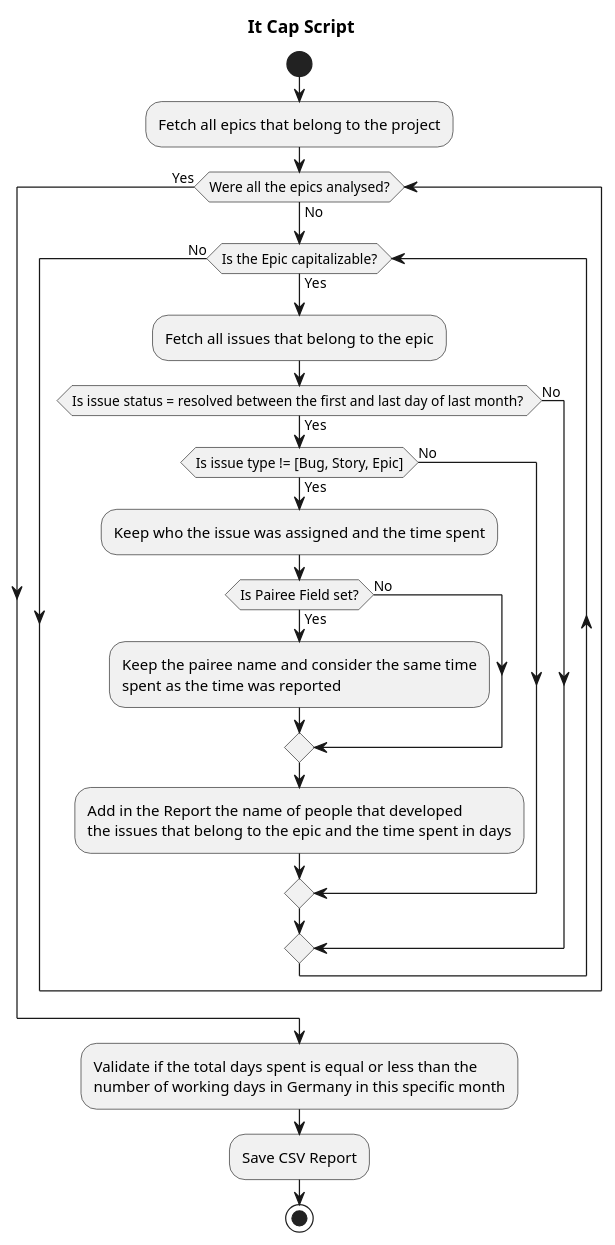
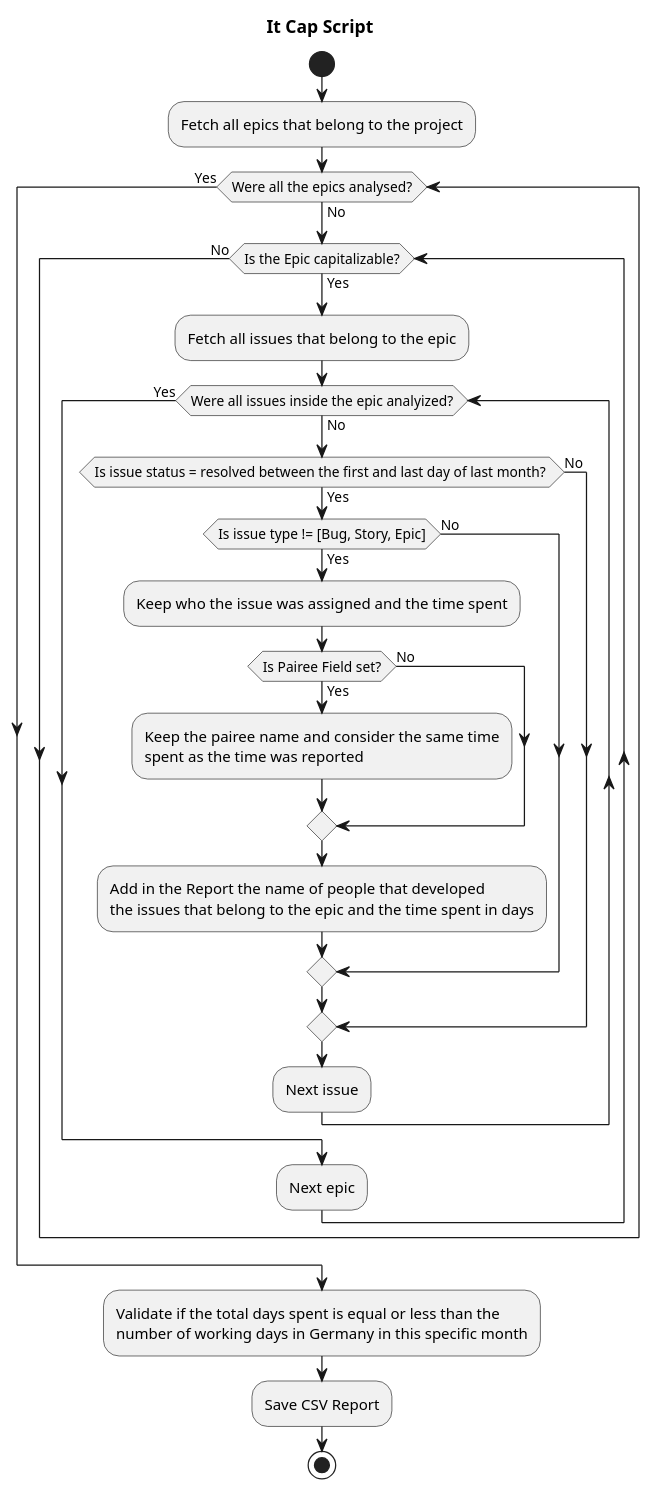
Before and after one commit to thobryan-hf/it-cap: the diagram in diagram.puml, drawn with PlantUML.

Commit message:
diagram update

```diff
--- a/diagram.puml
+++ b/diagram.puml
@@ -1,36 +1,42 @@
 @startuml
 title It Cap Script
 
 start
 :Fetch all epics that belong to the project;
   while (Were all the epics analysed?) is (No)
     while (Is the Epic capitalizable?) is (Yes)
       :Fetch all issues that belong to the epic;
-      if (Is issue status = resolved between the first and last day of last month? )  then (Yes)
-        if (Is issue type != [Bug, Story, Epic]) then (No)
+      while (Were all issues inside the epic analyized?) is (No)
 
-        else (Yes)
-        :Keep who the issue was assigned and the time spent;
-          if (Is Pairee Field set?) then (Yes)
-            :Keep the pairee name and consider the same time
-            spent as the time was reported;
+          if (Is issue status = resolved between the first and last day of last month? )  then (Yes)
+            if (Is issue type != [Bug, Story, Epic]) then (No)
+
+            else (Yes)
+            :Keep who the issue was assigned and the time spent;
+              if (Is Pairee Field set?) then (Yes)
+                :Keep the pairee name and consider the same time
+                spent as the time was reported;
+              else (No)
+              endif;
+
+          :Add in the Report the name of people that developed
+          the issues that belong to the epic and the time spent in days;
+
+            endif;
           else (No)
+
           endif;
+          :Next issue;
 
-      :Add in the Report the name of people that developed
-      the issues that belong to the epic and the time spent in days;
-
-        endif;
-      else (No)
-      endif;
-
+        endwhile (Yes)
+        :Next epic;
     endwhile (No)
 
   endwhile (Yes)
   :Validate if the total days spent is equal or less than the
   number of working days in Germany in this specific month;
 
   :Save CSV Report;
 
 stop
 @enduml
```
